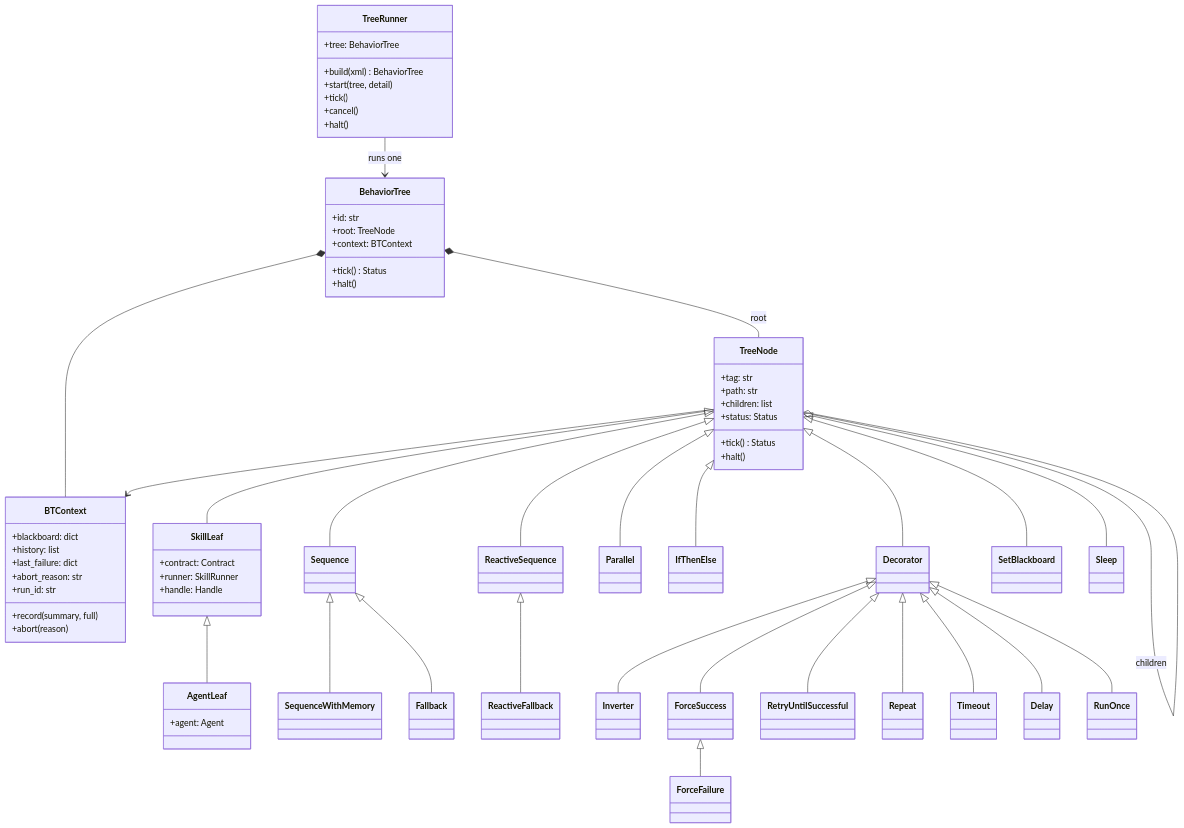
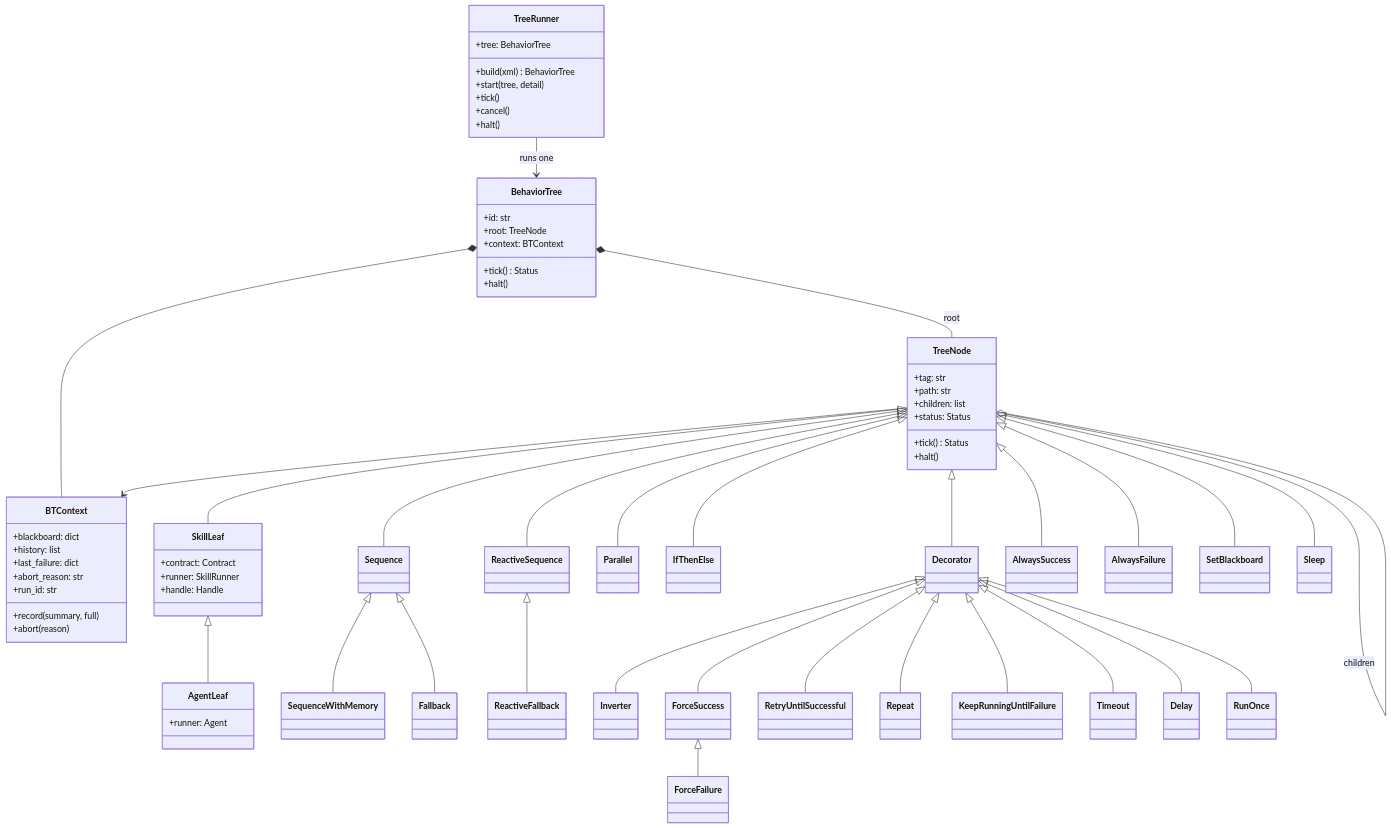
One commit to EigenVectorRobotics/orchestrator changed the fourth of 5 diagrams in docs/design/classes.md. Above: the diagram before and after it, drawn with Mermaid. The commit also changed other lines of this file and 73 other files, not shown here.

````diff
--- a/docs/design/classes.md
+++ b/docs/design/classes.md
@@ -267,69 +268,72 @@
 ```mermaid
 classDiagram
   direction TB
   class TreeRunner {
     +tree: BehaviorTree
     +build(xml) BehaviorTree
     +start(tree, detail)
     +tick()
     +cancel()
     +halt()
   }
   class BehaviorTree {
     +id: str
     +root: TreeNode
     +context: BTContext
     +tick() Status
     +halt()
   }
   class BTContext {
     +blackboard: dict
     +history: list
     +last_failure: dict
     +abort_reason: str
     +run_id: str
     +record(summary, full)
     +abort(reason)
   }
   class TreeNode {
     +tag: str
     +path: str
     +children: list
     +status: Status
     +tick() Status
     +halt()
   }
   class SkillLeaf {
     +contract: Contract
     +runner: SkillRunner
     +handle: Handle
   }
   class AgentLeaf {
-    +agent: Agent
+    +runner: Agent
   }
   TreeRunner --> BehaviorTree : runs one
   BehaviorTree *-- TreeNode : root
   BehaviorTree *-- BTContext
   TreeNode --> BTContext
   TreeNode o-- TreeNode : children
   TreeNode <|-- Sequence
   Sequence <|-- SequenceWithMemory
   Sequence <|-- Fallback
   TreeNode <|-- ReactiveSequence
   ReactiveSequence <|-- ReactiveFallback
   TreeNode <|-- Parallel
   TreeNode <|-- IfThenElse
   TreeNode <|-- Decorator
   Decorator <|-- Inverter
   Decorator <|-- ForceSuccess
   ForceSuccess <|-- ForceFailure
   Decorator <|-- RetryUntilSuccessful
   Decorator <|-- Repeat
+  Decorator <|-- KeepRunningUntilFailure
   Decorator <|-- Timeout
   Decorator <|-- Delay
   Decorator <|-- RunOnce
   TreeNode <|-- SkillLeaf
   SkillLeaf <|-- AgentLeaf
+  TreeNode <|-- AlwaysSuccess
+  TreeNode <|-- AlwaysFailure
   TreeNode <|-- SetBlackboard
   TreeNode <|-- Sleep
 ```
````
